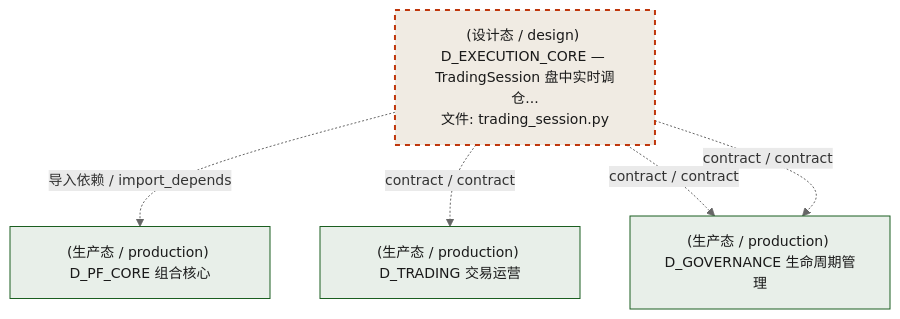
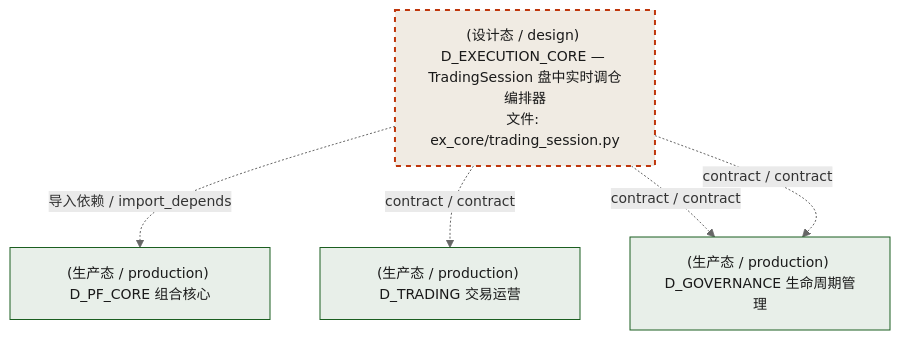
Before and after one commit to xuanFelixVan/ZephyrAlpha: the third of 4 diagrams in docs/02_enterprise_architecture/02_domain_architecture_docs/44_d_ex_core.md, drawn with Mermaid. The commit also changed other lines of this file and 63 other files, not shown here.

````diff
--- a/docs/02_enterprise_architecture/02_domain_architecture_docs/44_d_ex_core.md
+++ b/docs/02_enterprise_architecture/02_domain_architecture_docs/44_d_ex_core.md
@@ -186,18 +186,18 @@
 ```mermaid
 %%{init: {'theme': 'base', 'themeVariables': {'primaryColor': '#eaeaea', 'primaryTextColor': '#333333', 'primaryBorderColor': '#666666', 'lineColor': '#666666', 'secondaryColor': '#eaeaea', 'tertiaryColor': '#eaeaea', 'fontSize': '14px'}}}%%
 flowchart TD
-    src_zephyr_ex_core_trading_session_py["(设计态 / design) D_EXECUTION_CORE — TradingSession 盘中实时调仓...<br/>文件: trading_session.py"]
+    src_zephyr_ex_core_trading_session_py["(设计态 / design) D_EXECUTION_CORE — TradingSession 盘中实时调仓编排器<br/>文件: ex_core/trading_session.py"]
     D_PF_CORE["(生产态 / production) D_PF_CORE 组合核心"]
     src_zephyr_ex_core_trading_session_py -.->|导入依赖 / import_depends| D_PF_CORE
     D_TRADING["(生产态 / production) D_TRADING 交易运营"]
     src_zephyr_ex_core_trading_session_py -.->|contract / contract| D_TRADING
     D_GOVERNANCE["(生产态 / production) D_GOVERNANCE 生命周期管理"]
     src_zephyr_ex_core_trading_session_py -.->|contract / contract| D_GOVERNANCE
     src_zephyr_ex_core_trading_session_py -.->|contract / contract| D_GOVERNANCE
     classDef production fill:#e8edf2,stroke:#0277bd,stroke-width:2px,color:#1a1a1a
     classDef design fill:#f0ebe3,stroke:#bf360c,stroke-width:2px,color:#1a1a1a,stroke-dasharray: 5 5
     classDef external_prod fill:#e8efe9,stroke:#1b5e20,stroke-width:1px,color:#1a1a1a
     classDef external_design fill:#efe5ea,stroke:#880e4f,stroke-width:1px,color:#1a1a1a,stroke-dasharray: 5 5
     class src_zephyr_ex_core_trading_session_py design
     class D_PF_CORE,D_TRADING,D_GOVERNANCE external_prod
 ```
````
